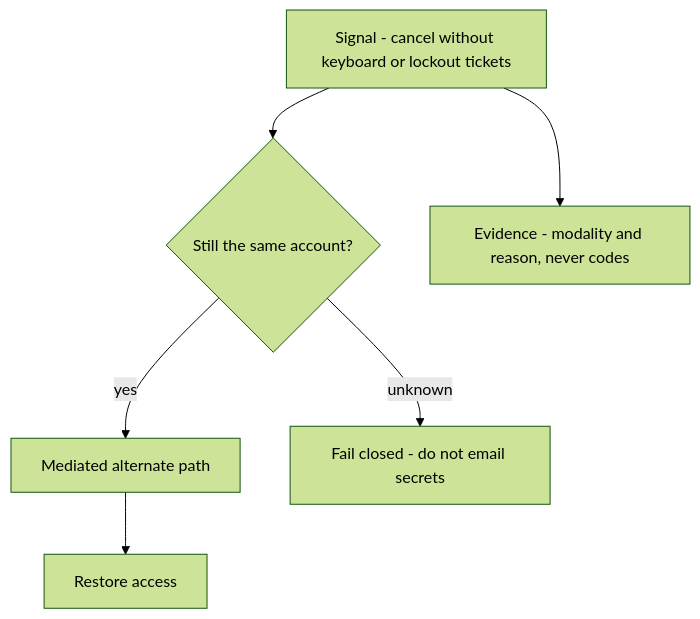
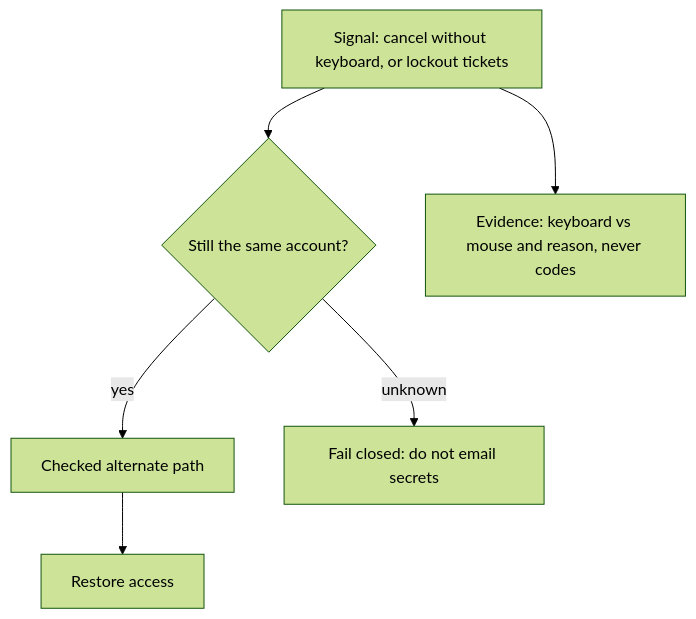
Before and after one commit to ishitvagoel/LearnSecurity: the diagram in content/modules/1/1.4/lessons/06-operate.md, drawn with Mermaid (forest theme). The commit also changed other lines of this file and 44 other files, not shown here.

````diff
--- a/content/modules/1/1.4/lessons/06-operate.md
+++ b/content/modules/1/1.4/lessons/06-operate.md
@@ -15,8 +14,8 @@
 ```mermaid
 flowchart TD
-  Sig["Signal - cancel without keyboard or lockout tickets"] --> Dec{Still the same account?}
-  Dec -->|yes| Alt["Mediated alternate path"]
-  Dec -->|unknown| Deny["Fail closed - do not email secrets"]
+  Sig[Signal: cancel without keyboard, or lockout tickets] --> Dec{Still the same account?}
+  Dec -->|yes| Alt[Checked alternate path]
+  Dec -->|unknown| Deny[Fail closed: do not email secrets]
   Alt --> Rec[Restore access]
-  Sig --> Ev["Evidence - modality and reason, never codes"]
+  Sig --> Ev[Evidence: keyboard vs mouse and reason, never codes]
 ```
````
